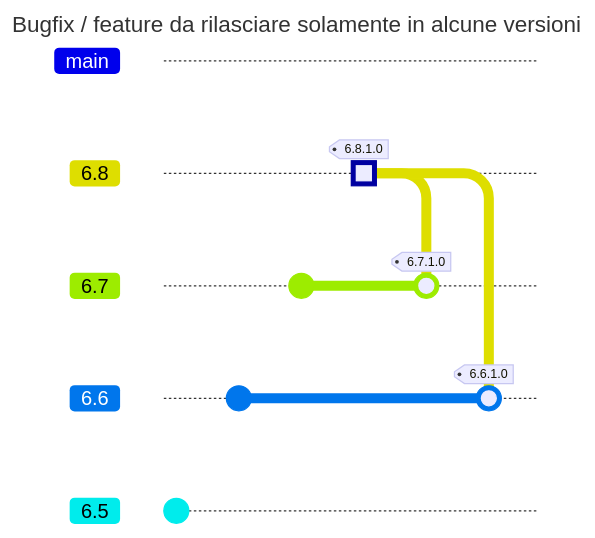
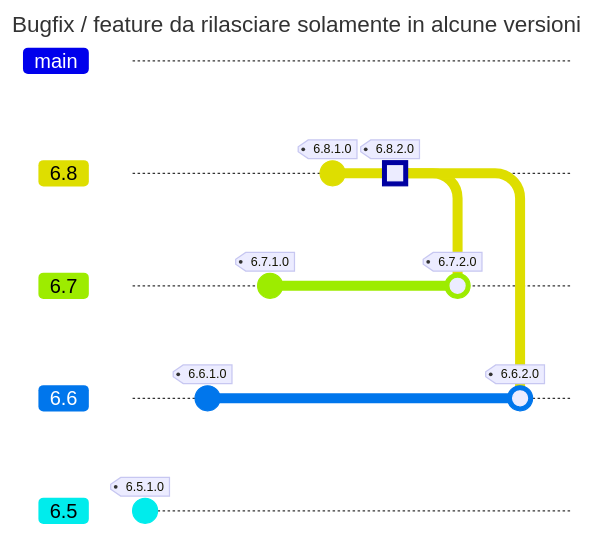
The diagram in docs/scenari_fiscali/only_some_release.md (vferri-csw/vferri-csw), drawn with Mermaid before and after one commit. Commit ids are hidden.

````diff
--- a/docs/scenari_fiscali/only_some_release.md
+++ b/docs/scenari_fiscali/only_some_release.md
@@ -1,22 +1,23 @@
 ```mermaid
 ---
 title: Bugfix / feature da rilasciare solamente in alcune versioni
 ---
 gitGraph
    branch 6.8
    branch 6.7
    branch 6.6
    branch 6.5
    checkout 6.5
-   commit
+   commit tag: "6.5.1.0"
    checkout 6.6
-   commit
+   commit tag: "6.6.1.0"
    checkout 6.7
-   commit
+   commit tag: "6.7.1.0"
    checkout 6.8
-   commit type: HIGHLIGHT tag: "6.8.1.0"
+   commit tag: "6.8.1.0"
+   commit type: HIGHLIGHT tag: "6.8.2.0"
    checkout 6.7
-   merge 6.8 tag: "6.7.1.0"
+   merge 6.8 tag: "6.7.2.0"
    checkout 6.6
-   merge 6.8 tag: "6.6.1.0"
+   merge 6.8 tag: "6.6.2.0"
 ```
````
